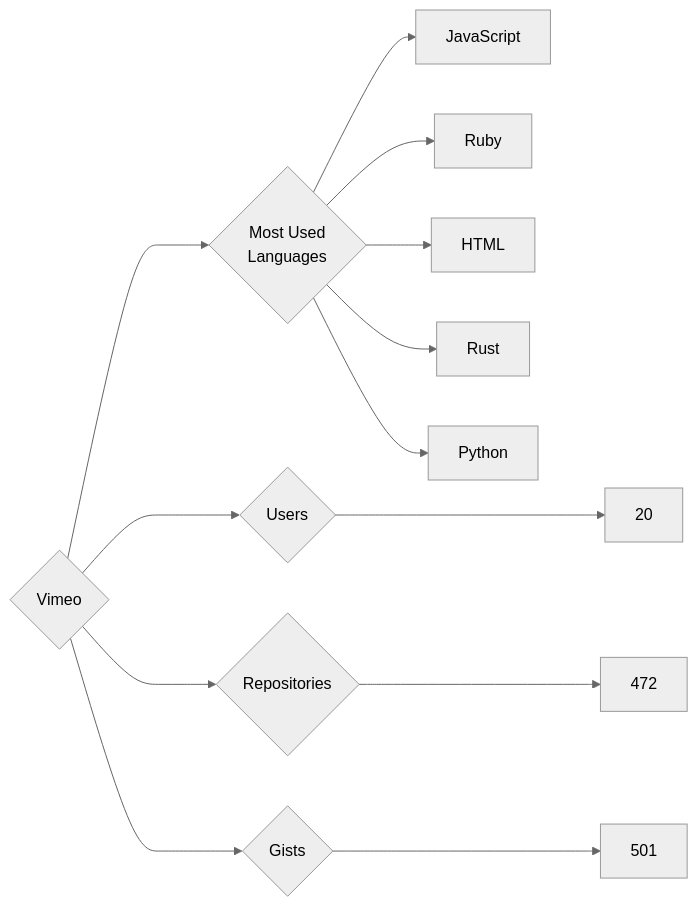
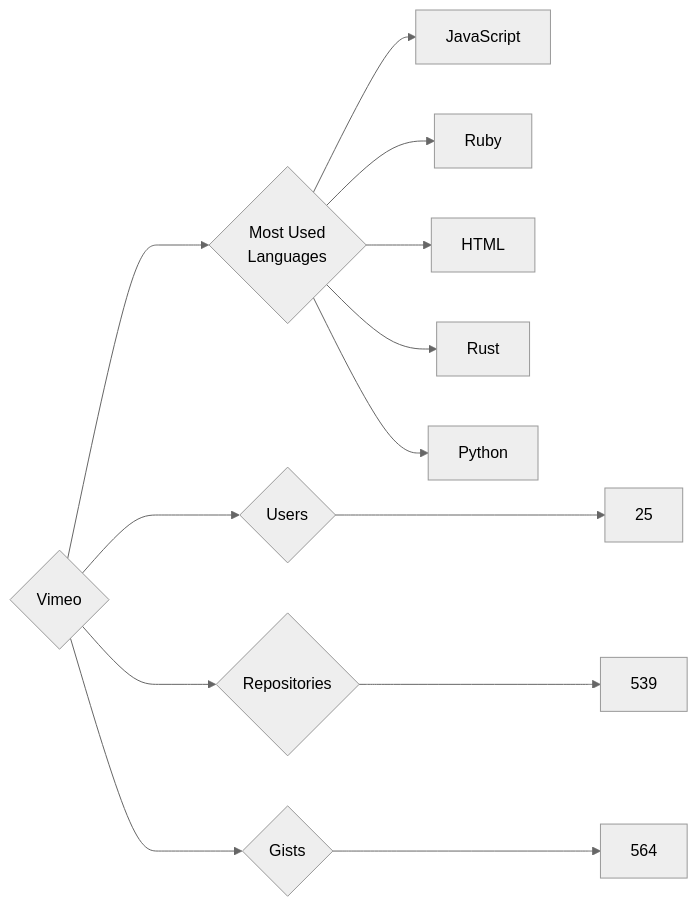
Before and after one commit to trickest/insiders: the diagram in targets/Vimeo/README.md, drawn with Mermaid (neutral theme). The commit also changed 870 other files, not shown here.

````diff
--- a/targets/Vimeo/README.md
+++ b/targets/Vimeo/README.md
@@ -3,13 +3,13 @@
 ```mermaid
 graph LR
 COMPANY_NAME{Vimeo}
-COMPANY_NAME ---> U{Users} ---> UN[20]
-COMPANY_NAME ---> R{Repositories} ---> RN[472]
-COMPANY_NAME ---> G{Gists} ---> GN[501]
+COMPANY_NAME ---> U{Users} ---> UN[25]
+COMPANY_NAME ---> R{Repositories} ---> RN[539]
+COMPANY_NAME ---> G{Gists} ---> GN[564]
 COMPANY_NAME ---> ML{Most Used<br>Languages}
 ML --> JavaScript[JavaScript]
 ML --> Ruby[Ruby]
 ML --> HTML[HTML]
 ML --> Rust[Rust]
 ML --> Python[Python]
 ```
````
